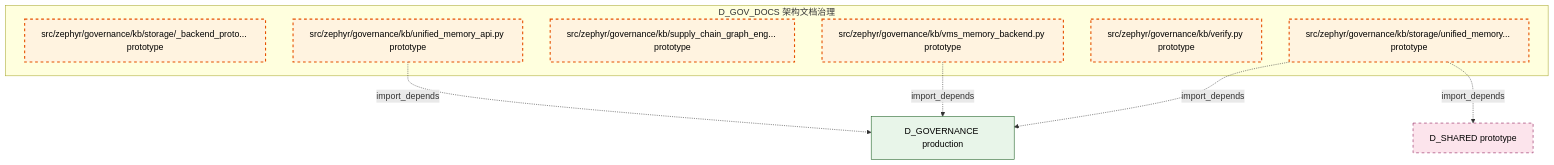
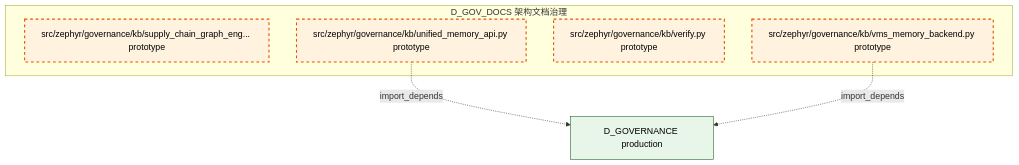
The second of 2 diagrams in docs/02_enterprise_architecture/02_domain_architecture_docs/35_d_gov_docs.md (xuanFelixVan/ZephyrAlpha), drawn with Mermaid before and after one commit. The commit also changed other lines of this file and 105 other files, not shown here.

````diff
--- a/docs/02_enterprise_architecture/02_domain_architecture_docs/35_d_gov_docs.md
+++ b/docs/02_enterprise_architecture/02_domain_architecture_docs/35_d_gov_docs.md
@@ -121,24 +122,18 @@
 ```mermaid
 graph TD
     subgraph D_GOV_DOCS["D_GOV_DOCS 架构文档治理"]
-        src_zephyr_governance_kb_storage_backend_protocol_py["src/zephyr/governance/kb/storage/_backend_proto... prototype"]
-        src_zephyr_governance_kb_storage_unified_memory_api_py["src/zephyr/governance/kb/storage/unified_memory... prototype"]
         src_zephyr_governance_kb_supply_chain_graph_engine_init_py["src/zephyr/governance/kb/supply_chain_graph_eng... prototype"]
         src_zephyr_governance_kb_unified_memory_api_py["src/zephyr/governance/kb/unified_memory_api.py prototype"]
         src_zephyr_governance_kb_verify_py["src/zephyr/governance/kb/verify.py prototype"]
         src_zephyr_governance_kb_vms_memory_backend_py["src/zephyr/governance/kb/vms_memory_backend.py prototype"]
     end
     D_GOVERNANCE["D_GOVERNANCE production"]
     src_zephyr_governance_kb_unified_memory_api_py -.->|import_depends| D_GOVERNANCE
     src_zephyr_governance_kb_vms_memory_backend_py -.->|import_depends| D_GOVERNANCE
-    src_zephyr_governance_kb_storage_unified_memory_api_py -.->|import_depends| D_GOVERNANCE
-    D_SHARED["D_SHARED prototype"]
-    src_zephyr_governance_kb_storage_unified_memory_api_py -.->|import_depends| D_SHARED
     classDef production fill:#e1f5fe,stroke:#01579b,stroke-width:2px,color:#000
     classDef design fill:#fff3e0,stroke:#e65100,stroke-width:2px,color:#000,stroke-dasharray: 5 5
     classDef external_prod fill:#e8f5e9,stroke:#1b5e20,stroke-width:1px,color:#000
     classDef external_design fill:#fce4ec,stroke:#880e4f,stroke-width:1px,color:#000,stroke-dasharray: 5 5
-    class src_zephyr_governance_kb_storage_backend_protocol_py,src_zephyr_governance_kb_storage_unified_memory_api_py,src_zephyr_governance_kb_supply_chain_graph_engine_init_py,src_zephyr_governance_kb_unified_memory_api_py,src_zephyr_governance_kb_verify_py,src_zephyr_governance_kb_vms_memory_backend_py design
+    class src_zephyr_governance_kb_supply_chain_graph_engine_init_py,src_zephyr_governance_kb_unified_memory_api_py,src_zephyr_governance_kb_verify_py,src_zephyr_governance_kb_vms_memory_backend_py design
     class D_GOVERNANCE external_prod
-    class D_SHARED external_design
 ```
````
